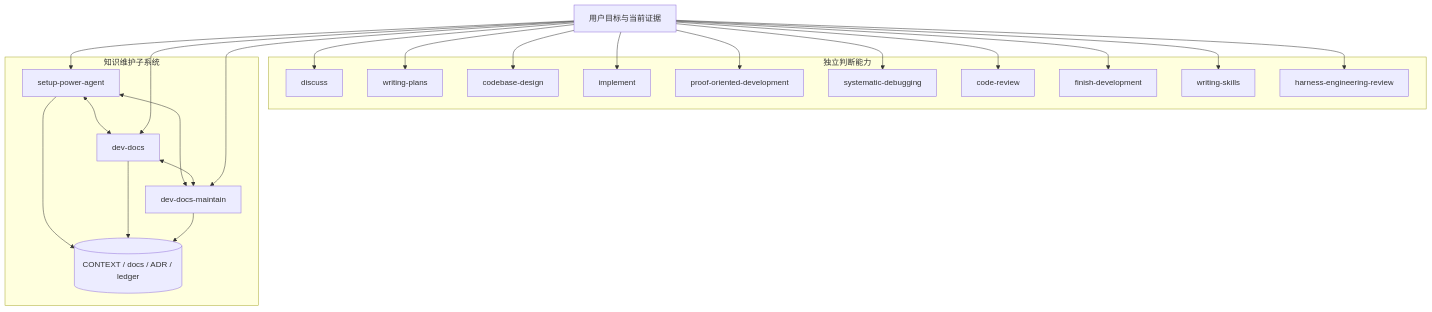
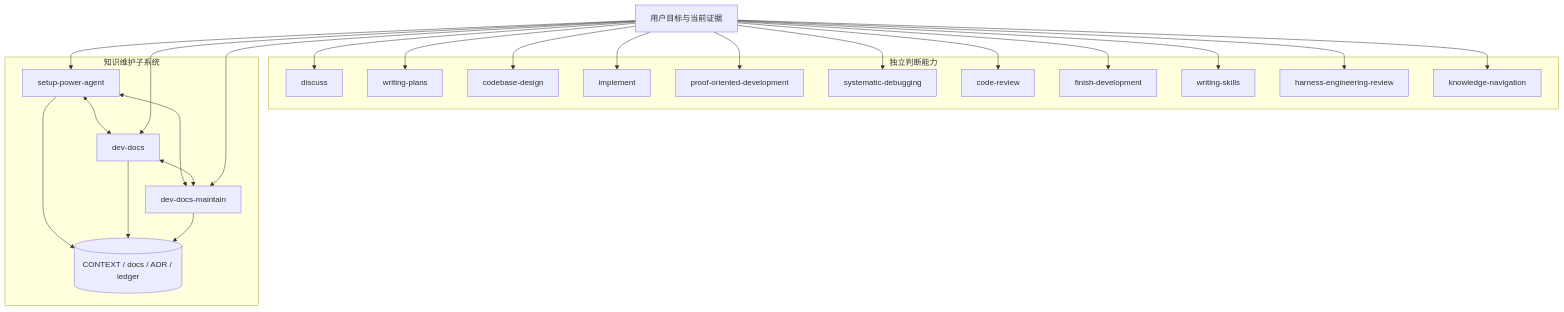
One commit to Linfee/power-agent changed the diagram in docs/architecture.md. Above: the diagram before and after it, drawn with Mermaid. The commit also changed other lines of this file and 58 other files, not shown here.

````diff
--- a/docs/architecture.md
+++ b/docs/architecture.md
@@ -13,44 +13,46 @@
 ```mermaid
 graph TB
     U[用户目标与当前证据]
 
     subgraph "独立判断能力"
         D[discuss]
         WP[writing-plans]
         CBD[codebase-design]
         I[implement]
         POD[proof-oriented-development]
         DBG[systematic-debugging]
         CR[code-review]
         FD[finish-development]
         WS[writing-skills]
         HER[harness-engineering-review]
+        KN[knowledge-navigation]
     end
 
     subgraph "知识维护子系统"
         SPA[setup-power-agent]
         DD[dev-docs]
         DDM[dev-docs-maintain]
         KB[(CONTEXT / docs / ADR / ledger)]
         SPA <--> DD
         SPA <--> DDM
         DD <--> DDM
         SPA --> KB
         DD --> KB
         DDM --> KB
     end
 
     U --> D
     U --> WP
     U --> CBD
     U --> I
     U --> POD
     U --> DBG
     U --> CR
     U --> FD
     U --> WS
     U --> HER
+    U --> KN
     U --> SPA
     U --> DD
     U --> DDM
 ```
````
